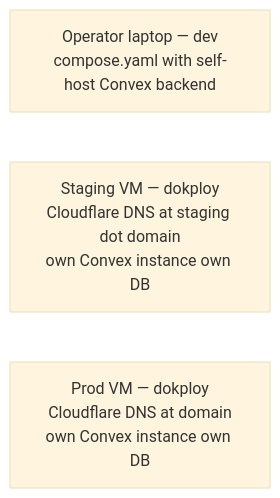
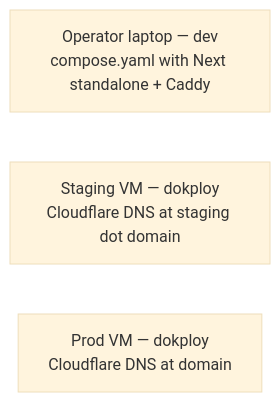
One commit to 1qh/sim-doc changed the first of 2 diagrams in adr/multi-env.md. Above: the diagram before and after it, drawn with Mermaid (base theme). The commit also changed other lines of this file and 70 other files, not shown here.

````diff
--- a/adr/multi-env.md
+++ b/adr/multi-env.md
@@ -11,6 +11,6 @@
 ```mermaid
 flowchart LR
-    Laptop[Operator laptop — dev<br/>compose.yaml with self-host Convex backend]
-    Staging[Staging VM — dokploy<br/>Cloudflare DNS at staging dot domain<br/>own Convex instance own DB]
-    Prod[Prod VM — dokploy<br/>Cloudflare DNS at domain<br/>own Convex instance own DB]
+    Laptop[Operator laptop — dev<br/>compose.yaml with Next standalone + Caddy]
+    Staging[Staging VM — dokploy<br/>Cloudflare DNS at staging dot domain]
+    Prod[Prod VM — dokploy<br/>Cloudflare DNS at domain]
 ```
````
